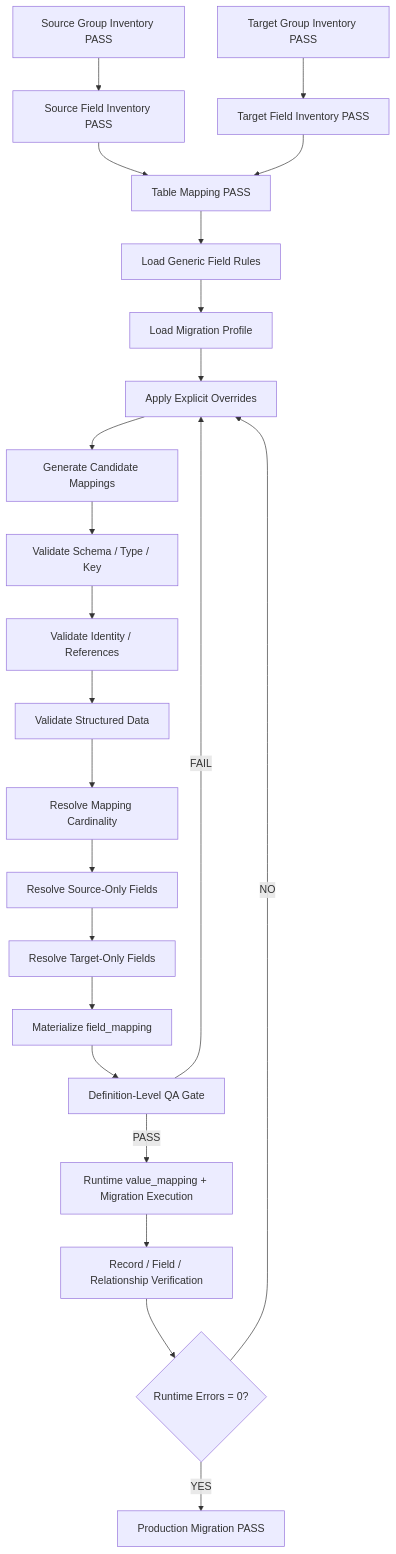
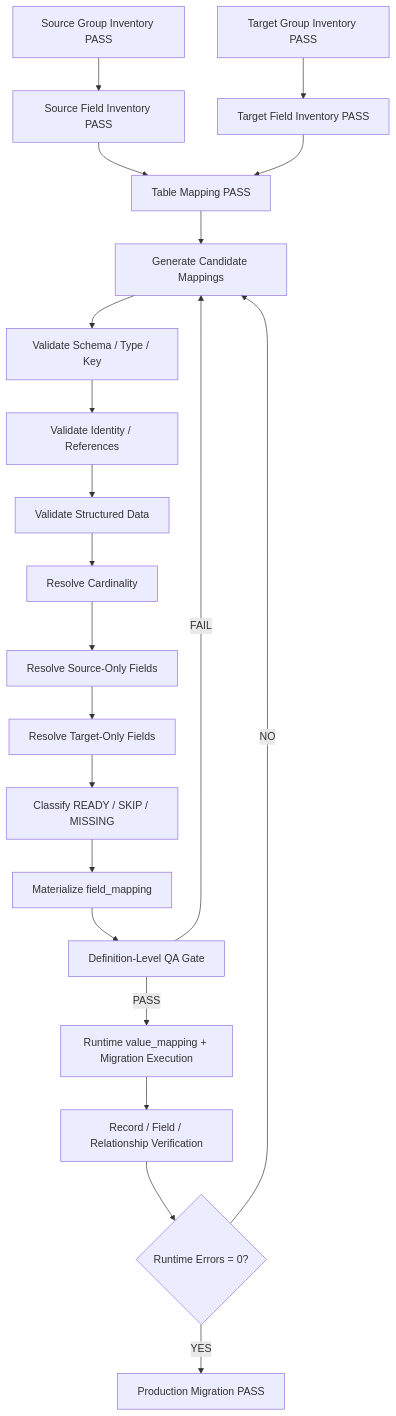
One commit to duyduyly/php-notebook changed the diagram in docs/joomla/learning/database/migration/tutorial/migration-field-mapping-generation-plan.md. Above: the diagram before and after it, drawn with Mermaid. The commit also changed other lines of this file, not shown here.

Commit message:
Add field readiness status generation rules

````diff
--- a/docs/joomla/learning/database/migration/tutorial/migration-field-mapping-generation-plan.md
+++ b/docs/joomla/learning/database/migration/tutorial/migration-field-mapping-generation-plan.md
@@ -1662,25 +937,23 @@
 ```mermaid
 flowchart TD
     A[Source Group Inventory PASS] --> B[Source Field Inventory PASS]
     C[Target Group Inventory PASS] --> D[Target Field Inventory PASS]
     B --> E[Table Mapping PASS]
     D --> E
-    E --> F[Load Generic Field Rules]
-    F --> G[Load Migration Profile]
-    G --> H[Apply Explicit Overrides]
-    H --> I[Generate Candidate Mappings]
-    I --> J[Validate Schema / Type / Key]
-    J --> K[Validate Identity / References]
-    K --> L[Validate Structured Data]
-    L --> M[Resolve Mapping Cardinality]
-    M --> N[Resolve Source-Only Fields]
-    N --> O[Resolve Target-Only Fields]
-    O --> P[Materialize field_mapping]
-    P --> Q[Definition-Level QA Gate]
-    Q -->|FAIL| H
-    Q -->|PASS| R[Runtime value_mapping + Migration Execution]
-    R --> S[Record / Field / Relationship Verification]
-    S --> T{Runtime Errors = 0?}
-    T -->|NO| H
-    T -->|YES| U[Production Migration PASS]
+    E --> F[Generate Candidate Mappings]
+    F --> G[Validate Schema / Type / Key]
+    G --> H[Validate Identity / References]
+    H --> I[Validate Structured Data]
+    I --> J[Resolve Cardinality]
+    J --> K[Resolve Source-Only Fields]
+    K --> L[Resolve Target-Only Fields]
+    L --> M[Classify READY / SKIP / MISSING]
+    M --> N[Materialize field_mapping]
+    N --> O[Definition-Level QA Gate]
+    O -->|FAIL| F
+    O -->|PASS| P[Runtime value_mapping + Migration Execution]
+    P --> Q[Record / Field / Relationship Verification]
+    Q --> R{Runtime Errors = 0?}
+    R -->|NO| F
+    R -->|YES| S[Production Migration PASS]
 ```
````
